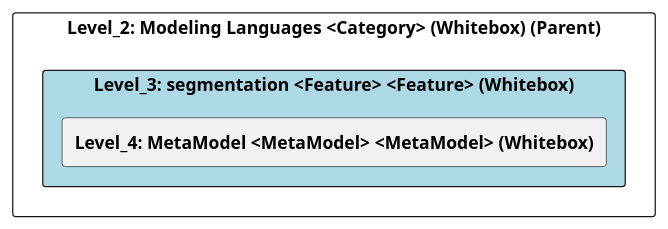
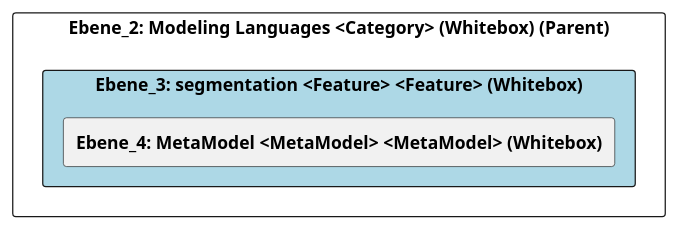
One commit to marcozwyssig/cleon changed the diagram in doc/cleonproject_deliverables_architecture_model_architecture/adoc/de/05_bausteinsicht/cleon/modeling_languages/segmentation/ebene_3_segmentation.adoc. Above: the diagram before and after it, drawn with PlantUML. The commit also changed other lines of this file and 150 other files, not shown here.

```diff
--- a/doc/cleonproject_deliverables_architecture_model_architecture/adoc/de/05_bausteinsicht/cleon/modeling_languages/segmentation/ebene_3_segmentation.adoc
+++ b/doc/cleonproject_deliverables_architecture_model_architecture/adoc/de/05_bausteinsicht/cleon/modeling_languages/segmentation/ebene_3_segmentation.adoc
@@ -20,26 +20,24 @@
-[plantuml, Level_3: segmentation <Feature> <Feature> (Whitebox)BlockOverview, format="svg"]
+[plantuml, Ebene_3: segmentation <Feature> <Feature> (Whitebox)BlockOverview, format="svg"]
 ----
-@startuml Level_3: segmentation <Feature> <Feature> (Whitebox)BuildingBlockOverview
+@startuml Ebene_3: segmentation <Feature> <Feature> (Whitebox)BuildingBlockOverview
 
 skinparam ranksep 10
 skinparam componentStyle rectangle
 skinparam shadowing false
 skinparam arrowColor lightblue
 skinparam arrowThickness 1.2
 skinparam rectangle {
   BackgroundColor White
   BorderColor #333
   RoundCorner 10
 }
 top to bottom direction
 
-component "Level_2: Modeling Languages <Category> (Whitebox) (Parent)" {
-    component "Level_3: segmentation <Feature> <Feature> (Whitebox)" #lightblue {
-        [**Level_4: MetaModel <MetaModel> <MetaModel> (Whitebox)**] as 4A56B728_D579_11EE_903E_9F564E4DE07E
+component "Ebene_2: Modeling Languages <Category> (Whitebox) (Parent)" {
+    component "Ebene_3: segmentation <Feature> <Feature> (Whitebox)" #lightblue {
+        [**Ebene_4: MetaModel <MetaModel> <MetaModel> (Whitebox)**] as 4A56B728_D579_11EE_903E_9F564E4DE07E
     }
-
-    
 }
 
 @enduml
 ----
```
